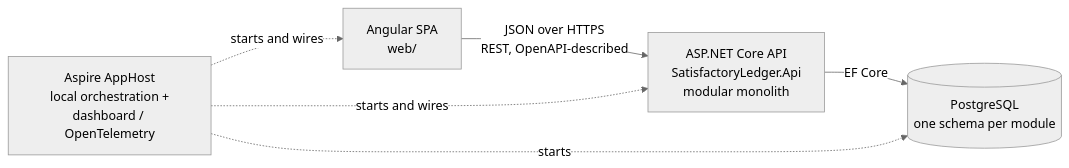
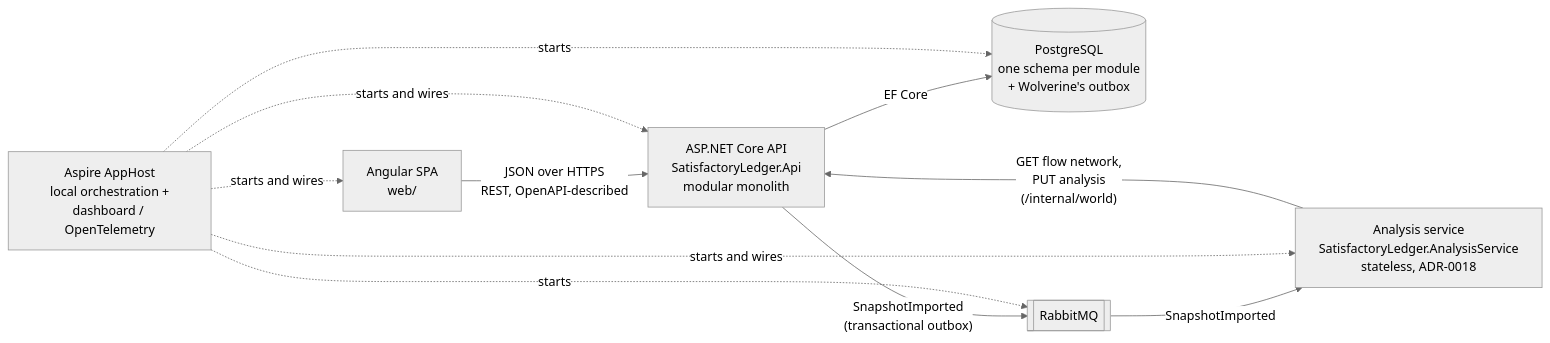
Before and after one commit to tmaartent/SatisfactoryLedger: the second of 3 diagrams in docs/architecture/overview.md, drawn with Mermaid (neutral theme). The commit also changed other lines of this file and 38 other files, not shown here.

First line of the commit message:
feat: analysis as a separate service over RabbitMQ

````diff
--- a/docs/architecture/overview.md
+++ b/docs/architecture/overview.md
@@ -32,13 +32,20 @@
 ```mermaid
 flowchart LR
     browser[Angular SPA<br/>web/]
     api[ASP.NET Core API<br/>SatisfactoryLedger.Api<br/>modular monolith]
-    db[(PostgreSQL<br/>one schema per module)]
+    analysis[Analysis service<br/>SatisfactoryLedger.AnalysisService<br/>stateless, ADR-0018]
+    db[(PostgreSQL<br/>one schema per module<br/>+ Wolverine's outbox)]
+    mq[[RabbitMQ]]
     apphost[Aspire AppHost<br/>local orchestration +<br/>dashboard / OpenTelemetry]
 
     browser -- "JSON over HTTPS<br/>REST, OpenAPI-described" --> api
     api -- "EF Core" --> db
+    api -- "SnapshotImported<br/>(transactional outbox)" --> mq
+    mq -- "SnapshotImported" --> analysis
+    analysis -- "GET flow network,<br/>PUT analysis<br/>(/internal/world)" --> api
     apphost -. starts and wires .-> browser
     apphost -. starts and wires .-> api
+    apphost -. starts and wires .-> analysis
     apphost -. starts .-> db
+    apphost -. starts .-> mq
 ```
````
